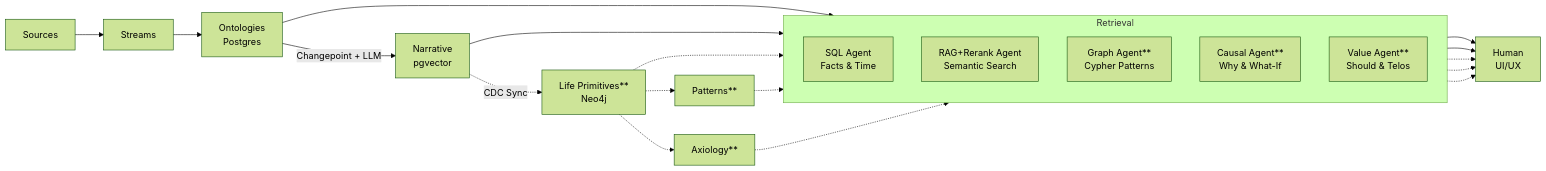
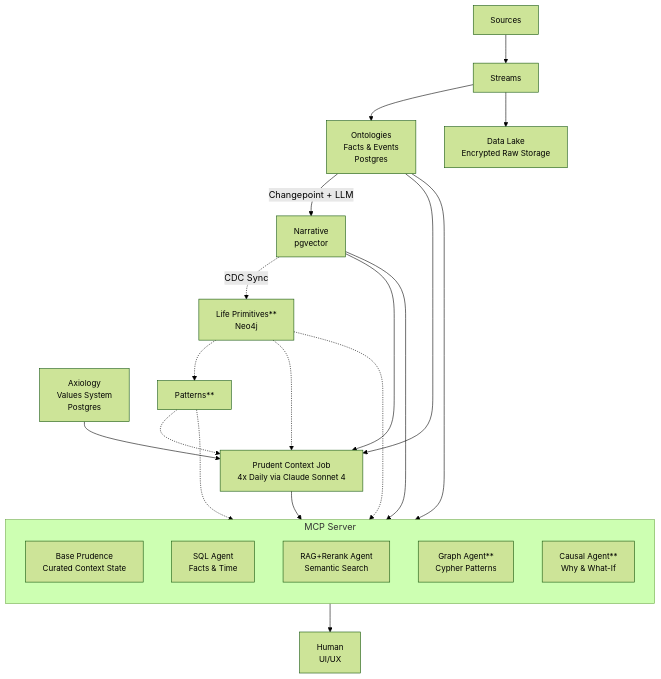
The first of 3 diagrams in ARCHITECTURE.md (ariata-os/ariata), drawn with Mermaid (forest theme) before and after one commit. The commit also changed other lines of this file and 168 other files, not shown here.

````diff
--- a/ARCHITECTURE.md
+++ b/ARCHITECTURE.md
@@ -5,40 +5,48 @@
 ```mermaid
-graph LR
+graph TB
     %% Data Ingestion Pipeline
     Sources["Sources"] --> Streams["Streams"]
 
-    %% Core Data Layers (MVP)
-    Streams --> Ontologies["Ontologies<br/>Postgres"]
+    %% Core Data Layers
+    Streams --> Ontologies["Ontologies<br/>Facts & Events<br/>Postgres"]
+    Streams --> S3["Data Lake<br/>Encrypted Raw Storage"]
     Ontologies -->|Changepoint + LLM| Narrative["Narrative<br/>pgvector"]
+
+    %% Axiology Layer (Values System)
+    Axiology["Axiology<br/>Values System<br/>Postgres"]
 
     %% Future Layers (Post-MVP)
     Narrative -.->|CDC Sync| LifePrimitives["Life Primitives**<br/>Neo4j"]
     LifePrimitives -.-> Patterns["Patterns**"]
-    LifePrimitives -.-> Axiology["Axiology**"]
 
-    %% AI Agents for Retrieval (MVP)
-    subgraph Retrieval [Retrieval]
+    %% Prudent Context Generation
+    PrudentContextJob["Prudent Context Job<br/>4x Daily via Claude Sonnet 4"]
+
+    Ontologies --> PrudentContextJob
+    Axiology --> PrudentContextJob
+    Narrative --> PrudentContextJob
+    LifePrimitives -.-> PrudentContextJob
+    Patterns -.-> PrudentContextJob
+
+    %% MCP Server (Model Context Protocol)
+    subgraph MCP [MCP Server]
         direction TB
+        BasePrudence["Base Prudence<br/>Curated Context State"]
         Agent1["SQL Agent<br/>Facts & Time"]
         Agent2["RAG+Rerank Agent<br/>Semantic Search"]
         Agent3["Graph Agent**<br/>Cypher Patterns"]
         Agent4["Causal Agent**<br/>Why & What-If"]
-        Agent5["Value Agent**<br/>Should & Telos"]
     end
 
+    PrudentContextJob --> BasePrudence
     Ontologies --> Agent1
     Narrative --> Agent2
     LifePrimitives -.-> Agent3
     Patterns -.-> Agent4
-    Axiology -.-> Agent5
 
     %% User Interface
-    Agent1 --> UI["Human<br/>UI/UX"]
-    Agent2 --> UI
-    Agent3 -.-> UI
-    Agent4 -.-> UI
-    Agent5 -.-> UI
+    MCP --> UI["Human<br/>UI/UX"]
 
     %% Styling
-    classDef default font-size:16px
+    classDef default font-size:14px
 ```
````
